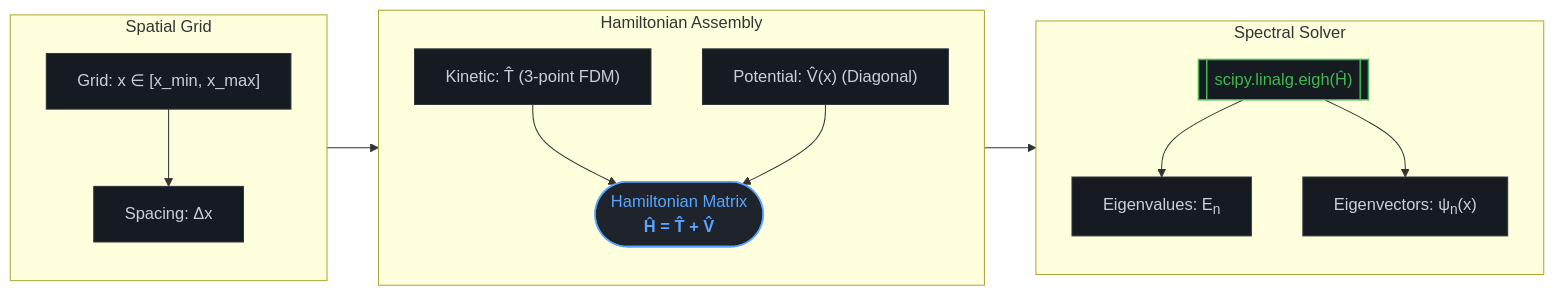
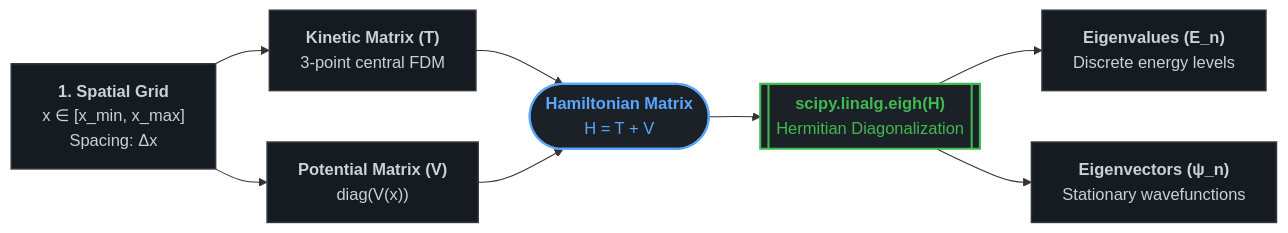
Before and after one commit to Pau-Gallego-Cistero/computational-quantum-mechanics: the diagram in README.md, drawn with Mermaid.

Commit message:
Refine flowchart and styles in README
Updated the flowchart in the README to enhance clarity and consistency, including new styles and connections.

````diff
--- a/README.md
+++ b/README.md
@@ -16,36 +16,30 @@
 ```mermaid
 flowchart LR
-    subgraph S1 ["Spatial Grid"]
-        direction TB
-        A["Grid: x ∈ [x_min, x_max]"]
-        B["Spacing: Δx"]
-        A --> B
-    end
+    %% Nodos principales
+    GRID["<b>1. Spatial Grid</b><br/>x ∈ [x_min, x_max]<br/>Spacing: Δx"]
+    
+    T["<b>Kinetic Matrix (T)</b><br/>3-point central FDM"]
+    V["<b>Potential Matrix (V)</b><br/>diag(V(x))"]
+    
+    H(["<b>Hamiltonian Matrix</b><br/>H = T + V"])
+    
+    SOLVER[["<b>scipy.linalg.eigh(H)</b><br/>Hermitian Diagonalization"]]
+    
+    EIG_VAL["<b>Eigenvalues (E_n)</b><br/>Discrete energy levels"]
+    EIG_VEC["<b>Eigenvectors (ψ_n)</b><br/>Stationary wavefunctions"]
 
-    subgraph S2 ["Hamiltonian Assembly"]
-        direction TB
-        C["Kinetic: T̂ (3-point FDM)"]
-        D["Potential: V̂(x) (Diagonal)"]
-        E(["Hamiltonian Matrix<br/><b>Ĥ = T̂ + V̂</b>"])
-        C & D --> E
-    end
+    %% Conexiones
+    GRID --> T & V
+    T & V --> H
+    H --> SOLVER
+    SOLVER --> EIG_VAL & EIG_VEC
 
-    subgraph S3 ["Spectral Solver"]
-        direction TB
-        F[["scipy.linalg.eigh(Ĥ)"]]
-        G["Eigenvalues: E<sub>n</sub>"]
-        H["Eigenvectors: ψ<sub>n</sub>(x)"]
-        F --> G
-        F --> H
-    end
-
-    S1 --> S2 --> S3
-
-    %% Estilos refinados para GitHub Dark
-    classDef default fill:#161b22,stroke:#30363d,stroke-width:1px,color:#c9d1d9;
-    classDef main fill:#1f242c,stroke:#58a6ff,stroke-width:1.5px,color:#58a6ff;
-    classDef solver fill:#161b22,stroke:#3fb950,stroke-width:1.5px,color:#3fb950;
-    
-    class E main;
-    class F solver;
+    %% Estilos limpios y consistentes (GitHub Dark)
+    style GRID fill:#161b22,stroke:#30363d,stroke-width:1.5px,color:#c9d1d9
+    style T fill:#161b22,stroke:#30363d,stroke-width:1.5px,color:#c9d1d9
+    style V fill:#161b22,stroke:#30363d,stroke-width:1.5px,color:#c9d1d9
+    style H fill:#1c2128,stroke:#58a6ff,stroke-width:2px,color:#58a6ff
+    style SOLVER fill:#1c2128,stroke:#3fb950,stroke-width:2px,color:#3fb950
+    style EIG_VAL fill:#161b22,stroke:#30363d,stroke-width:1.5px,color:#c9d1d9
+    style EIG_VEC fill:#161b22,stroke:#30363d,stroke-width:1.5px,color:#c9d1d9
 ```
````
